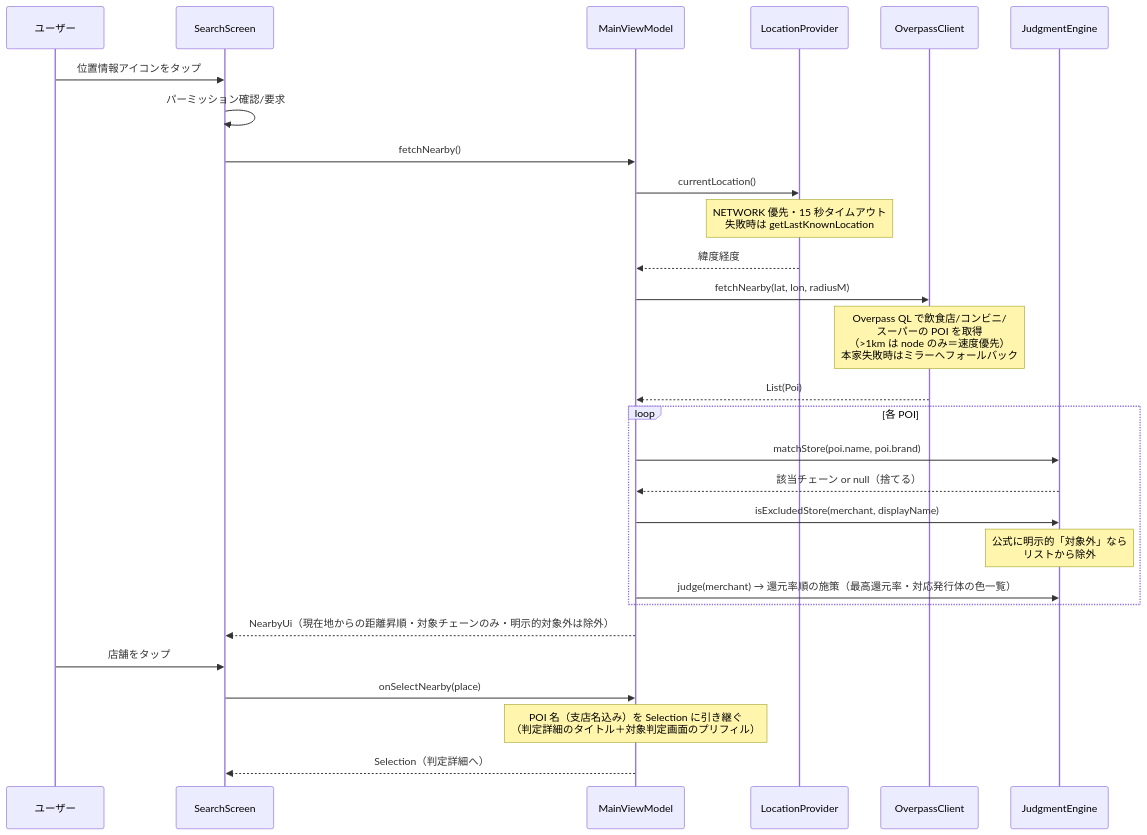
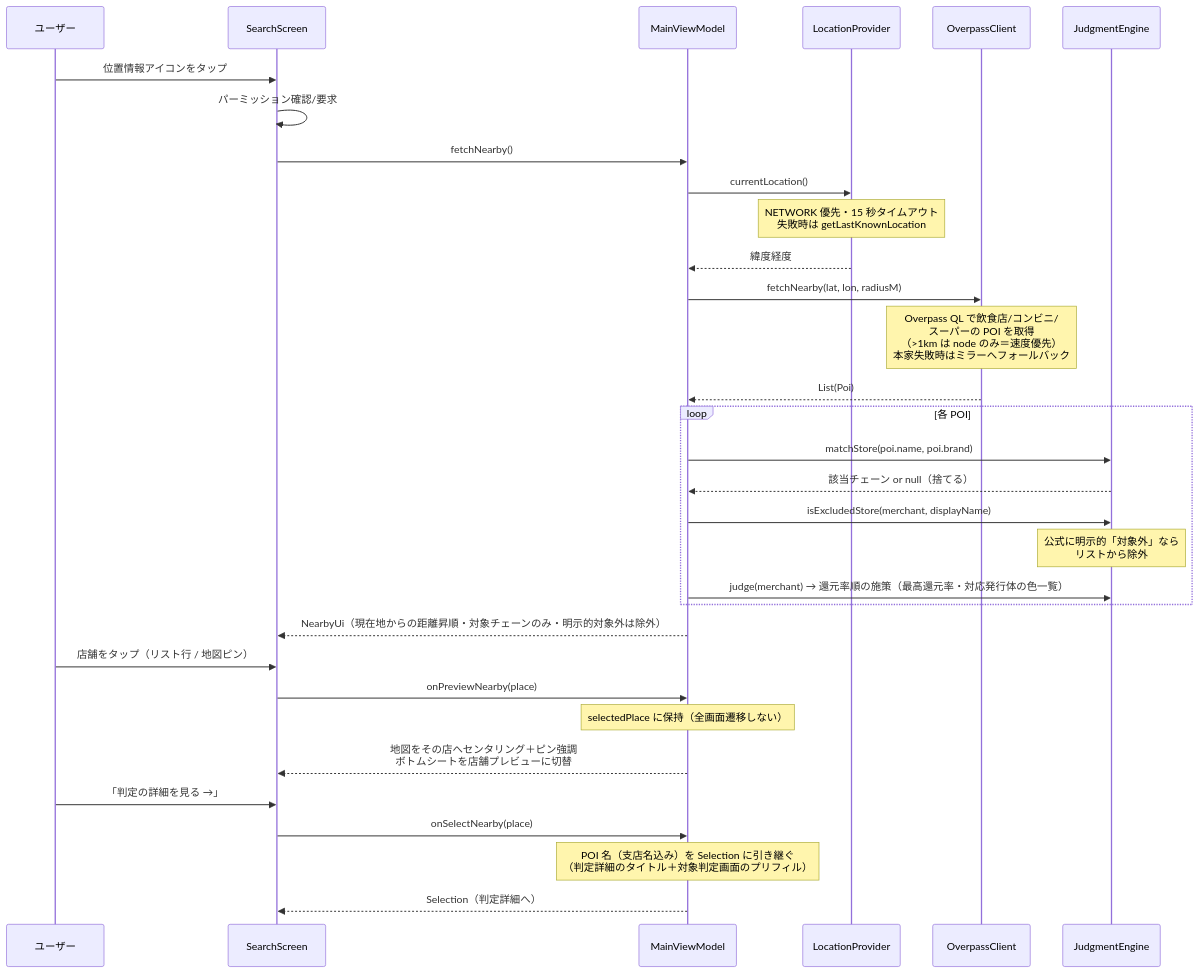
Before and after one commit to ktakjm/poikatsu: the sixth of 6 diagrams in docs/code-guide.md, drawn with Mermaid. The commit also changed other lines of this file and 4 other files, not shown here.

First line of the commit message:
feat(nearby): recenter button and list/map preview linkage

````diff
--- a/docs/code-guide.md
+++ b/docs/code-guide.md
@@ -307,31 +307,35 @@
 ```mermaid
 sequenceDiagram
     participant U as ユーザー
     participant SC as SearchScreen
     participant VM as MainViewModel
     participant LP as LocationProvider
     participant OC as OverpassClient
     participant JE as JudgmentEngine
 
     U->>SC: 位置情報アイコンをタップ
     SC->>SC: パーミッション確認/要求
     SC->>VM: fetchNearby()
     VM->>LP: currentLocation()
     Note over LP: NETWORK 優先・15 秒タイムアウト<br/>失敗時は getLastKnownLocation
     LP-->>VM: 緯度経度
     VM->>OC: fetchNearby(lat, lon, radiusM)
     Note over OC: Overpass QL で飲食店/コンビニ/<br/>スーパーの POI を取得<br/>（>1km は node のみ＝速度優先）<br/>本家失敗時はミラーへフォールバック
     OC-->>VM: List(Poi)
     loop 各 POI
         VM->>JE: matchStore(poi.name, poi.brand)
         JE-->>VM: 該当チェーン or null（捨てる）
         VM->>JE: isExcludedStore(merchant, displayName)
         Note over JE: 公式に明示的「対象外」なら<br/>リストから除外
         VM->>JE: judge(merchant) → 還元率順の施策（最高還元率・対応発行体の色一覧）
     end
     VM-->>SC: NearbyUi（現在地からの距離昇順・対象チェーンのみ・明示的対象外は除外）
-    U->>SC: 店舗をタップ
+    U->>SC: 店舗をタップ（リスト行 / 地図ピン）
+    SC->>VM: onPreviewNearby(place)
+    Note over VM: selectedPlace に保持（全画面遷移しない）
+    VM-->>SC: 地図をその店へセンタリング＋ピン強調<br/>ボトムシートを店舗プレビューに切替
+    U->>SC: 「判定の詳細を見る →」
     SC->>VM: onSelectNearby(place)
     Note over VM: POI 名（支店名込み）を Selection に引き継ぐ<br/>（判定詳細のタイトル＋対象判定画面のプリフィル）
     VM-->>SC: Selection（判定詳細へ）
 ```
````
